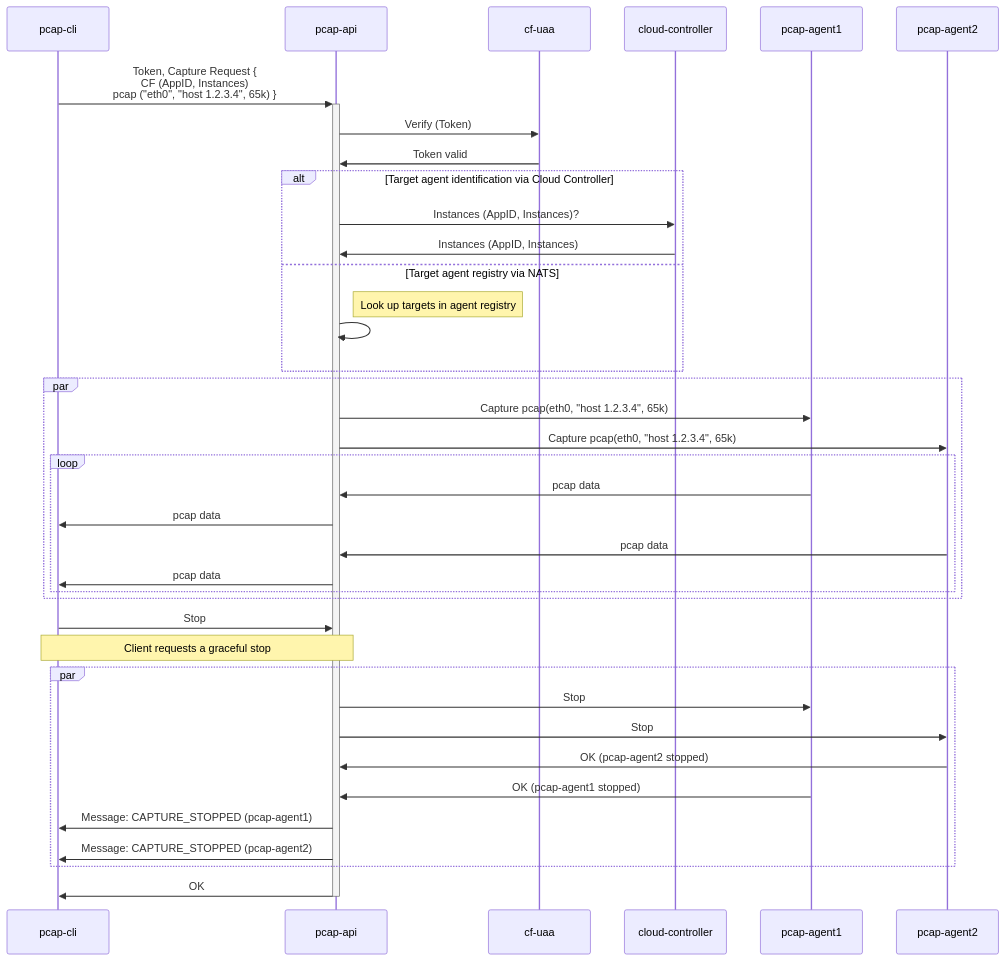
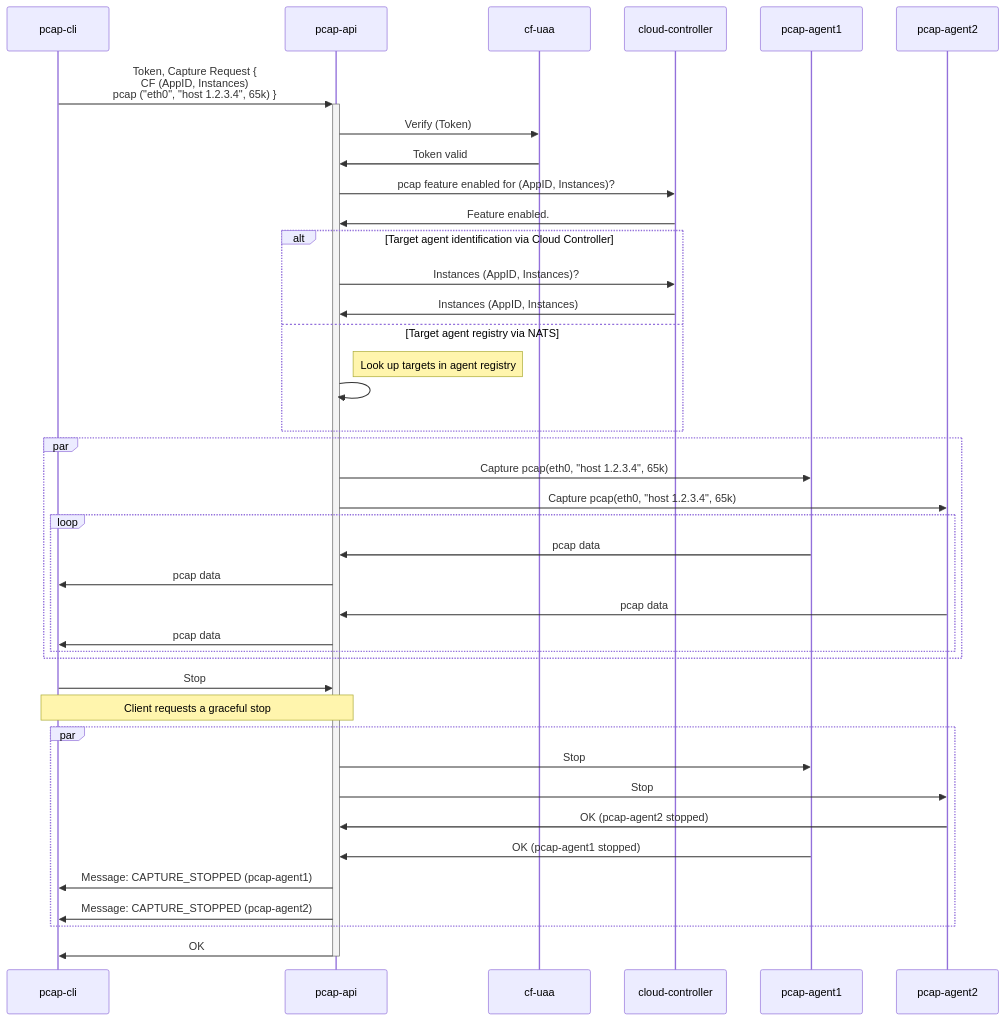
Before and after one commit to cloudfoundry/pcap-release: the seventh of 21 diagrams in docs/api-communication-spec.md, drawn with Mermaid. The commit also changed other lines of this file, not shown here.

Commit message:
docs(api): Address review comments

````diff
--- a/docs/api-communication-spec.md
+++ b/docs/api-communication-spec.md
@@ -459,36 +557,38 @@
 ```mermaid
 sequenceDiagram
-   pcap-cli ->>+ pcap-api: Token, Capture Request {<br/>CF (AppID, Instances)<br/>pcap ("eth0", "host 1.2.3.4", 65k) }
+    pcap-cli ->>+ pcap-api: Token, Capture Request {<br/>CF (AppID, Instances)<br/>pcap ("eth0", "host 1.2.3.4", 65k) }
     pcap-api ->> cf-uaa: Verify (Token)
     cf-uaa ->> pcap-api: Token valid
+    pcap-api ->> cloud-controller: pcap feature enabled for (AppID, Instances)?
+    cloud-controller ->> pcap-api: Feature enabled.
     alt Target agent identification via Cloud Controller
         pcap-api ->> cloud-controller: Instances (AppID, Instances)?
         cloud-controller ->> pcap-api: Instances (AppID, Instances)
     else Target agent registry via NATS
         note right of pcap-api: Look up targets in agent registry
         pcap-api ->> pcap-api: 
     end
     par
         pcap-api ->> pcap-agent1: Capture pcap(eth0, "host 1.2.3.4", 65k)
         pcap-api ->> pcap-agent2: Capture pcap(eth0, "host 1.2.3.4", 65k)
         loop
             pcap-agent1 ->> pcap-api: pcap data
             pcap-api ->> pcap-cli: pcap data
             pcap-agent2 ->> pcap-api: pcap data
             pcap-api ->> pcap-cli: pcap data
         end
     end
     pcap-cli ->> pcap-api: Stop
     note over pcap-cli, pcap-api: Client requests a graceful stop
     par
         pcap-api ->> pcap-agent1: Stop
         pcap-api ->> pcap-agent2: Stop
         pcap-agent2 ->> pcap-api: OK (pcap-agent2 stopped)
         pcap-agent1 ->> pcap-api: OK (pcap-agent1 stopped)
         pcap-api ->> pcap-cli: Message: CAPTURE_STOPPED (pcap-agent1)
         pcap-api ->> pcap-cli: Message: CAPTURE_STOPPED (pcap-agent2)
     end
 
     pcap-api ->>- pcap-cli: OK
 
 ```
````
